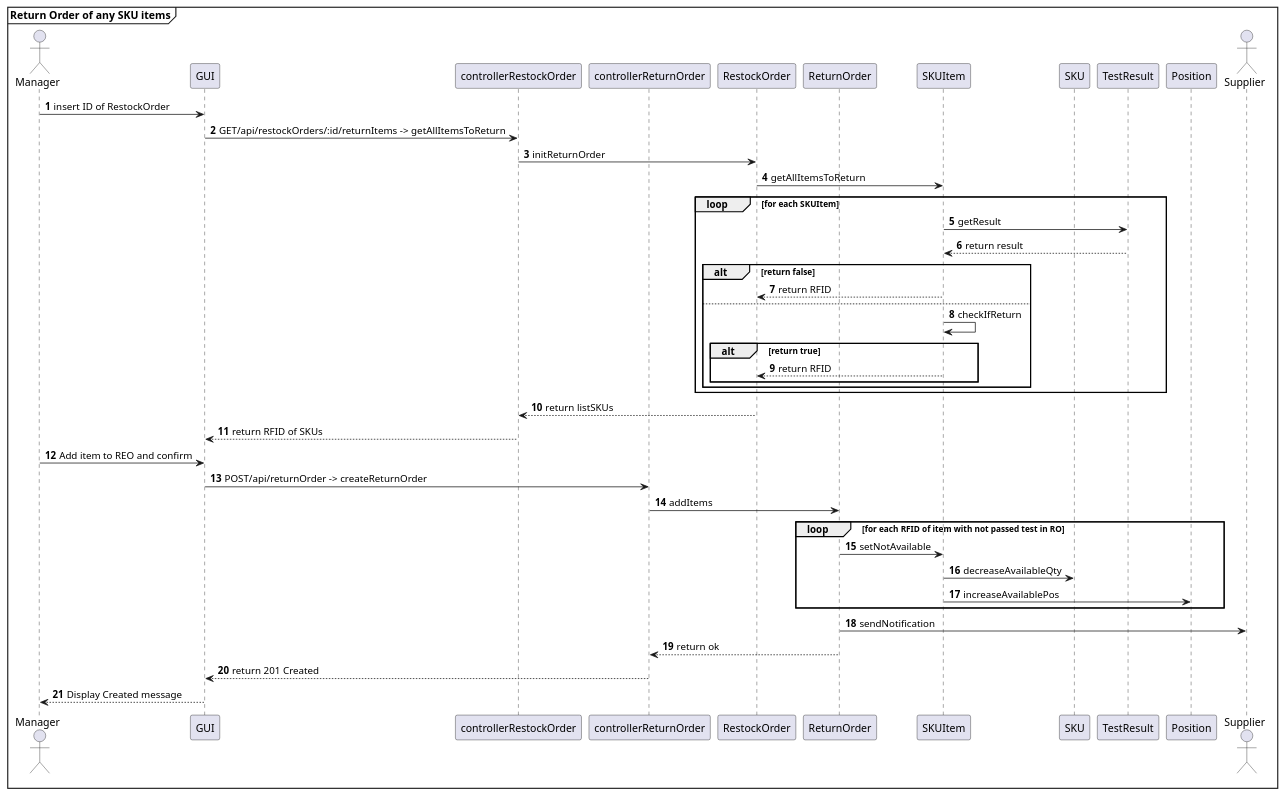
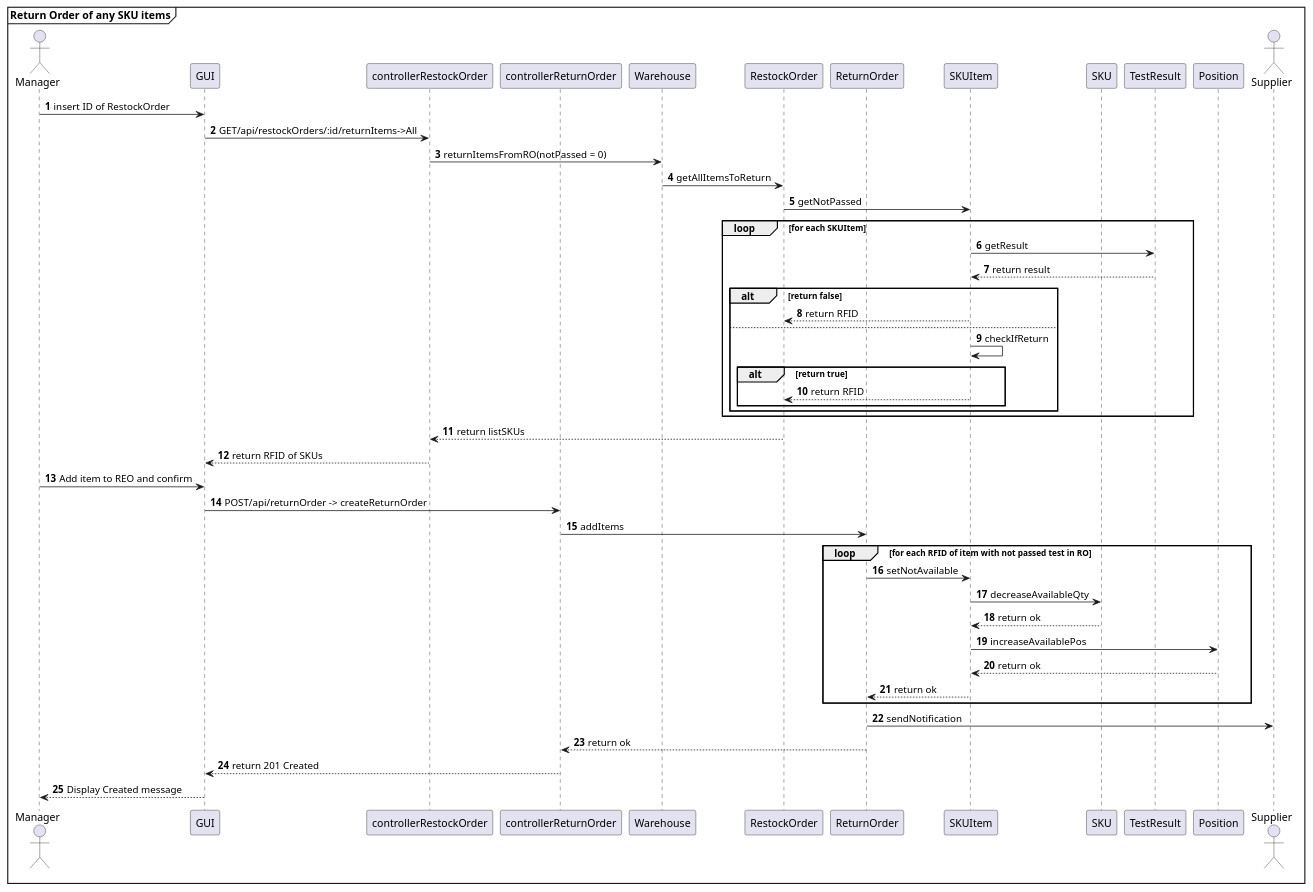
Before and after one commit to AlexZampa/EzWh: diagram 18 of 29 in DesignDocument.md, drawn with PlantUML. The commit also changed other lines of this file, not shown here.

````diff
--- a/DesignDocument.md
+++ b/DesignDocument.md
@@ -921,51 +937,56 @@
 ```plantuml
 @startuml
 mainframe **Return Order of any SKU items**
 actor Manager 
 participant GUI
 participant controllerRestockOrder
 participant controllerReturnOrder
+participant Warehouse
 participant RestockOrder
 participant ReturnOrder
 participant SKUItem
 participant SKU
 participant TestResult
 participant Position
 actor Supplier
 
 autonumber
 Manager -> GUI : insert ID of RestockOrder
-GUI -> controllerRestockOrder : GET/api/restockOrders/:id/returnItems -> getAllItemsToReturn
-controllerRestockOrder -> RestockOrder : initReturnOrder
-RestockOrder -> SKUItem : getAllItemsToReturn
+GUI -> controllerRestockOrder : GET/api/restockOrders/:id/returnItems->All
+controllerRestockOrder -> Warehouse : returnItemsFromRO(notPassed = 0)
+Warehouse -> RestockOrder : getAllItemsToReturn
+RestockOrder -> SKUItem : getNotPassed
 loop for each SKUItem
   SKUItem -> TestResult : getResult
   SKUItem <-- TestResult : return result
   alt return false
     RestockOrder <-- SKUItem : return RFID
   else 
       SKUItem -> SKUItem : checkIfReturn
         alt return true
           RestockOrder <-- SKUItem : return RFID
         end alt
   end alt
 end loop
 
 RestockOrder --> controllerRestockOrder : return listSKUs
 controllerRestockOrder --> GUI : return RFID of SKUs
 
 Manager -> GUI : Add item to REO and confirm
 GUI -> controllerReturnOrder : POST/api/returnOrder -> createReturnOrder
 controllerReturnOrder -> ReturnOrder : addItems 
 loop for each RFID of item with not passed test in RO
   ReturnOrder -> SKUItem : setNotAvailable
   SKUItem -> SKU : decreaseAvailableQty
+  SKUItem <-- SKU : return ok
   SKUItem -> Position : increaseAvailablePos
+  SKUItem <-- Position : return ok
+  ReturnOrder <-- SKUItem : return ok
 end loop
 ReturnOrder -> Supplier : sendNotification
 ReturnOrder --> controllerReturnOrder : return ok
 controllerReturnOrder --> GUI : return 201 Created
 GUI --> Manager : Display Created message
 @enduml
 
 ```
````
